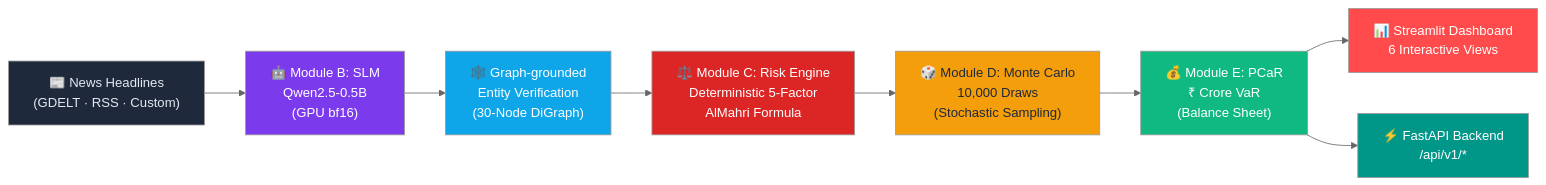
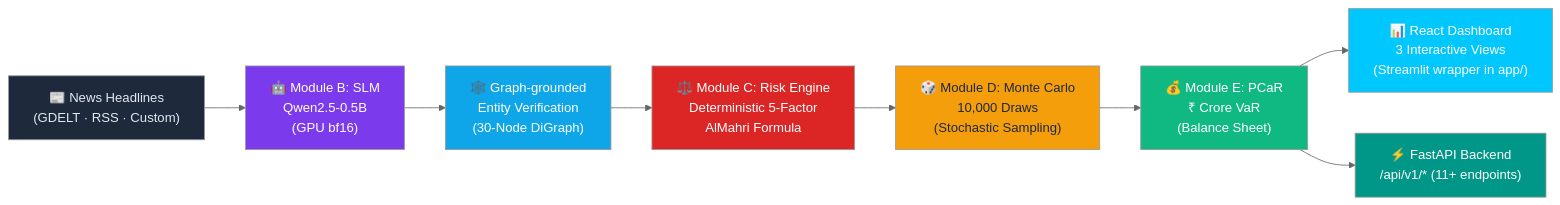
Before and after one commit to Prasad07-droid/counterverse: the diagram in README.md, drawn with Mermaid (neutral theme). The commit also changed other lines of this file and 52 other files, not shown here.

````diff
--- a/README.md
+++ b/README.md
@@ -25,19 +25,19 @@
 ```mermaid
 flowchart LR
     A["📰 News Headlines<br/>(GDELT · RSS · Custom)"] --> B["🤖 Module B: SLM<br/>Qwen2.5-0.5B<br/>(GPU bf16)"]
     B --> G["🕸️ Graph-grounded<br/>Entity Verification<br/>(30-Node DiGraph)"]
     G --> C["⚖️ Module C: Risk Engine<br/>Deterministic 5-Factor<br/>AlMahri Formula"]
     C --> D["🎲 Module D: Monte Carlo<br/>10,000 Draws<br/>(Stochastic Sampling)"]
     D --> E["💰 Module E: PCaR<br/>₹ Crore VaR<br/>(Balance Sheet)"]
-    E --> F["📊 Streamlit Dashboard<br/>6 Interactive Views"]
-    E --> API["⚡ FastAPI Backend<br/>/api/v1/*"]
+    E --> F["📊 React Dashboard<br/>3 Interactive Views<br/>(Streamlit wrapper in app/)"]
+    E --> API["⚡ FastAPI Backend<br/>/api/v1/* (11+ endpoints)"]
 
     style A fill:#1e293b,color:#e2e8f0
     style B fill:#7c3aed,color:#fff
     style G fill:#0ea5e9,color:#fff
     style C fill:#dc2626,color:#fff
     style D fill:#f59e0b,color:#1e293b
     style E fill:#10b981,color:#fff
-    style F fill:#ff4b4b,color:#fff
+    style F fill:#00c8ff,color:#fff
     style API fill:#009688,color:#fff
 ```
````
